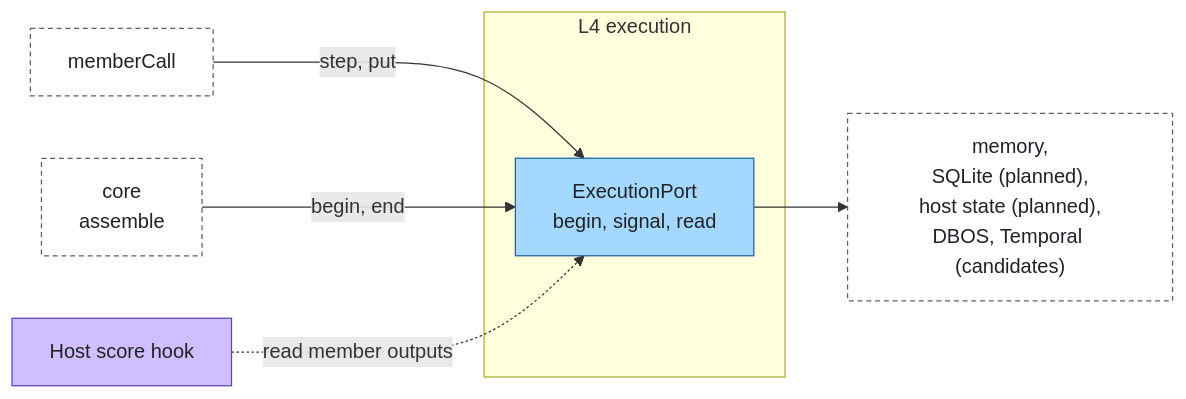
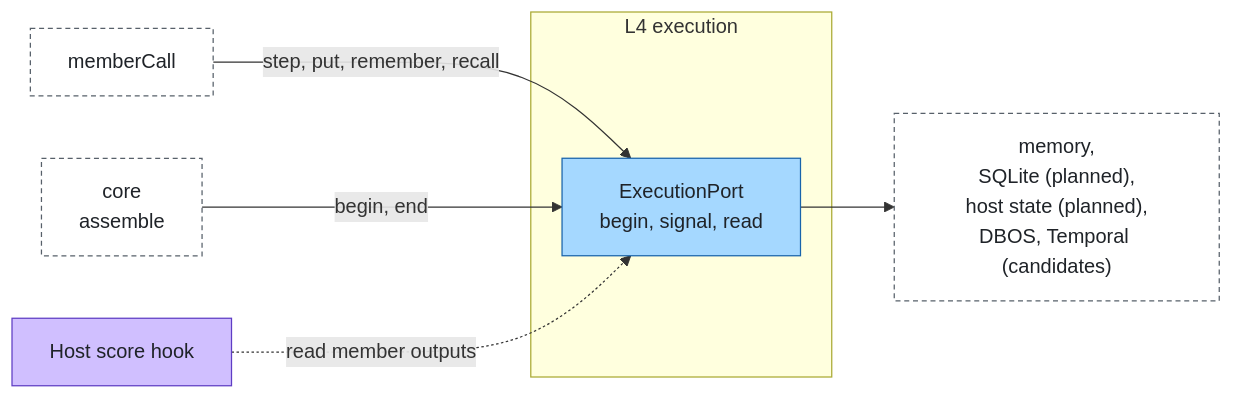
Before and after one commit to aantenore/agent-plexus: the diagram in docs/layers/execution.md, drawn with Mermaid. The commit also changed other lines of this file and 11 other files, not shown here.

````diff
--- a/docs/layers/execution.md
+++ b/docs/layers/execution.md
@@ -22,13 +23,13 @@
 ```mermaid
 flowchart LR
-  mc["memberCall"]:::external -->|"step, put"| ep
+  mc["memberCall"]:::external -->|"step, put, remember, recall"| ep
   sys["core<br/>assemble"]:::external -->|"begin, end"| ep
   subgraph sg["L4 execution"]
     ep["ExecutionPort<br/>begin, signal, read"]:::agent
   end
   ep --> back["memory,<br/>SQLite (planned),<br/>host state (planned),<br/>DBOS, Temporal (candidates)"]:::external
   host["Host score hook"]:::insight -.->|"read member outputs"| ep
   classDef agent fill:#a5d8ff,stroke:#1864ab,color:#1f2328
   classDef insight fill:#d0bfff,stroke:#5f3dc4,color:#1f2328
   classDef external fill:#ffffff,stroke:#57606a,color:#1f2328,stroke-dasharray:4 3
 ```
````
